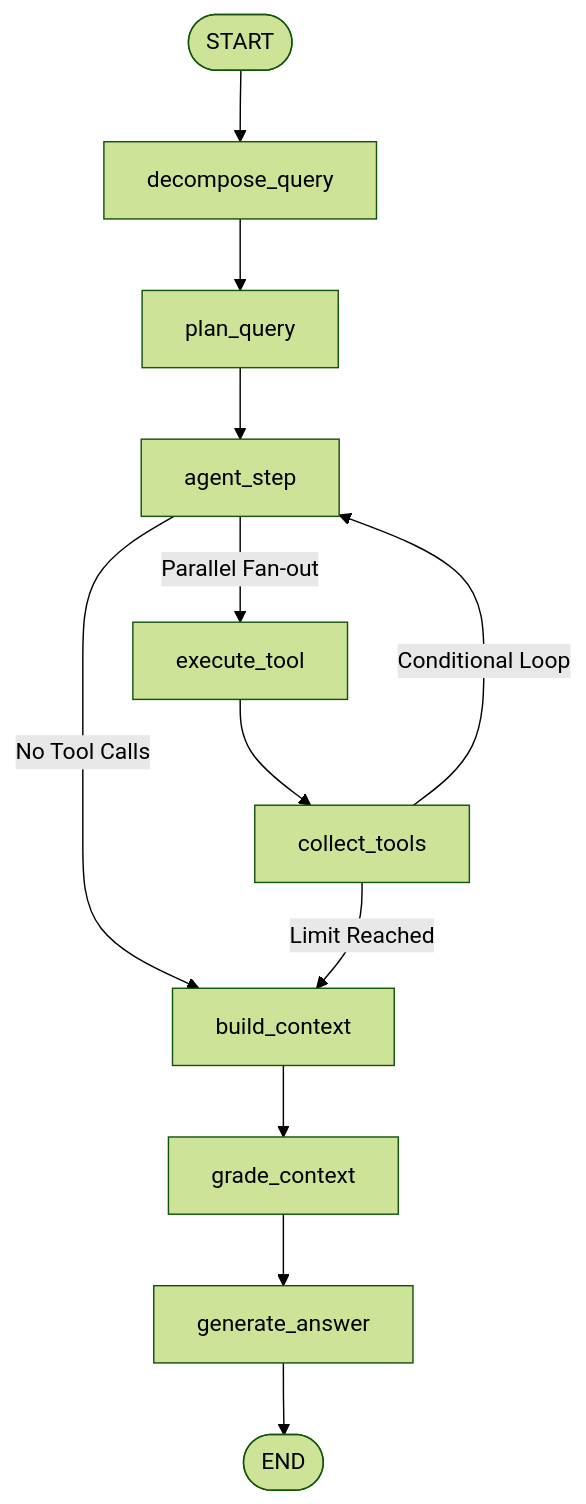
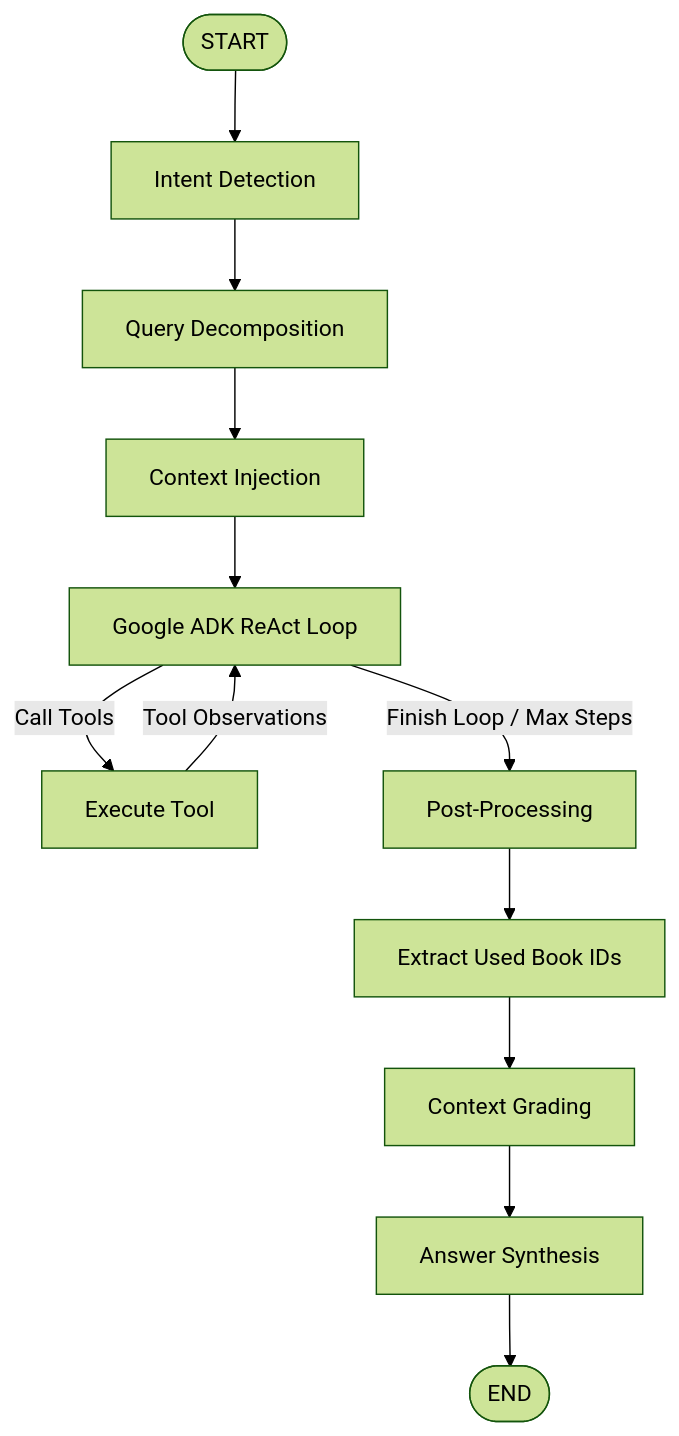
Before and after one commit to Kitabim-AI/kitabim-ai: the diagram in README.md, drawn with Mermaid (forest theme). The commit also changed other lines of this file and 73 other files, not shown here.

Commit message:
refactor: migrate to a simplified ADK agent architecture and implement a shared driver for graph repositories

````diff
--- a/README.md
+++ b/README.md
@@ -29,17 +29,14 @@
 ```mermaid
 graph TD
-    START([START]) --> Decompose[decompose_query]
-    Decompose --> Plan[plan_query]
-    Plan --> AgentStep[agent_step]
-    
-    AgentStep -->|Parallel Fan-out| ExecuteTool[execute_tool]
-    AgentStep -->|No Tool Calls| BuildContext[build_context]
-    
-    ExecuteTool --> CollectTools[collect_tools]
-    CollectTools -->|Conditional Loop| AgentStep
-    CollectTools -->|Limit Reached| BuildContext
-    
-    BuildContext --> GradeContext[grade_context]
-    GradeContext --> GenerateAnswer[generate_answer]
+    START([START]) --> Intent[Intent Detection]
+    Intent --> Decompose[Query Decomposition]
+    Decompose --> ContextInj[Context Injection]
+    ContextInj --> ADKLoop[Google ADK ReAct Loop]
+    ADKLoop -->|Call Tools| ExecuteTool[Execute Tool]
+    ExecuteTool -->|Tool Observations| ADKLoop
+    ADKLoop -->|Finish Loop / Max Steps| PostProcess[Post-Processing]
+    PostProcess --> ExtractIDs[Extract Used Book IDs]
+    ExtractIDs --> ContextGrade[Context Grading]
+    ContextGrade --> GenerateAnswer[Answer Synthesis]
     GenerateAnswer --> END([END])
 ```
````
